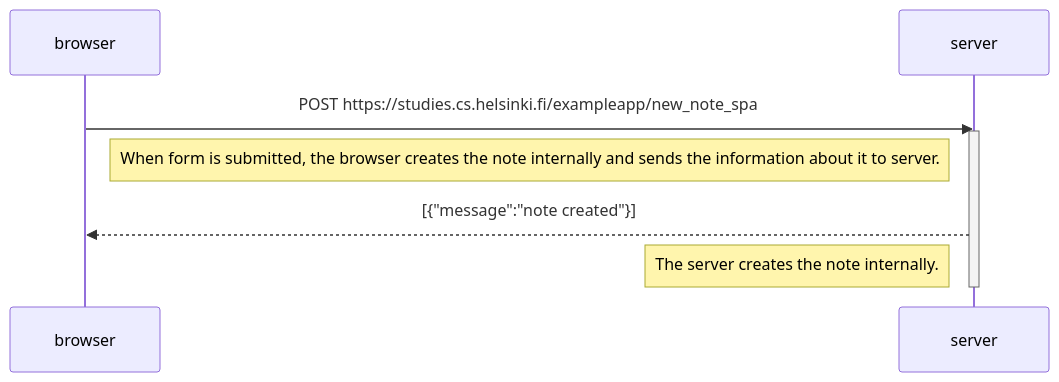
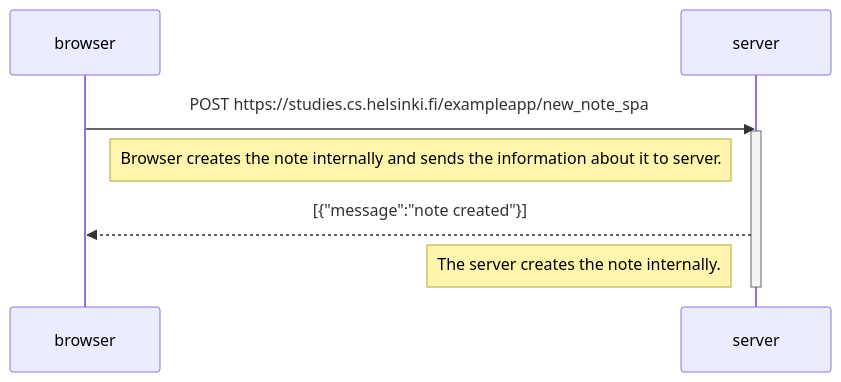
One commit to nokka7/fullstack2023 changed the diagram in ex0_6.md. Above: the diagram before and after it, drawn with Mermaid.

````diff
--- a/ex0_6.md
+++ b/ex0_6.md
@@ -1,12 +1,12 @@
 ```mermaid
 sequenceDiagram
     participant browser
     participant server
     
     browser->>server: POST https://studies.cs.helsinki.fi/exampleapp/new_note_spa
     activate server
-    Note right of browser: When form is submitted, the browser creates the note internally and sends the information about it to server. 
+    Note right of browser: Browser creates the note internally and sends the information about it to server. 
     server-->>browser: [{"message":"note created"}]
     Note left of server: The server creates the note internally.
     deactivate server
 ```
````
